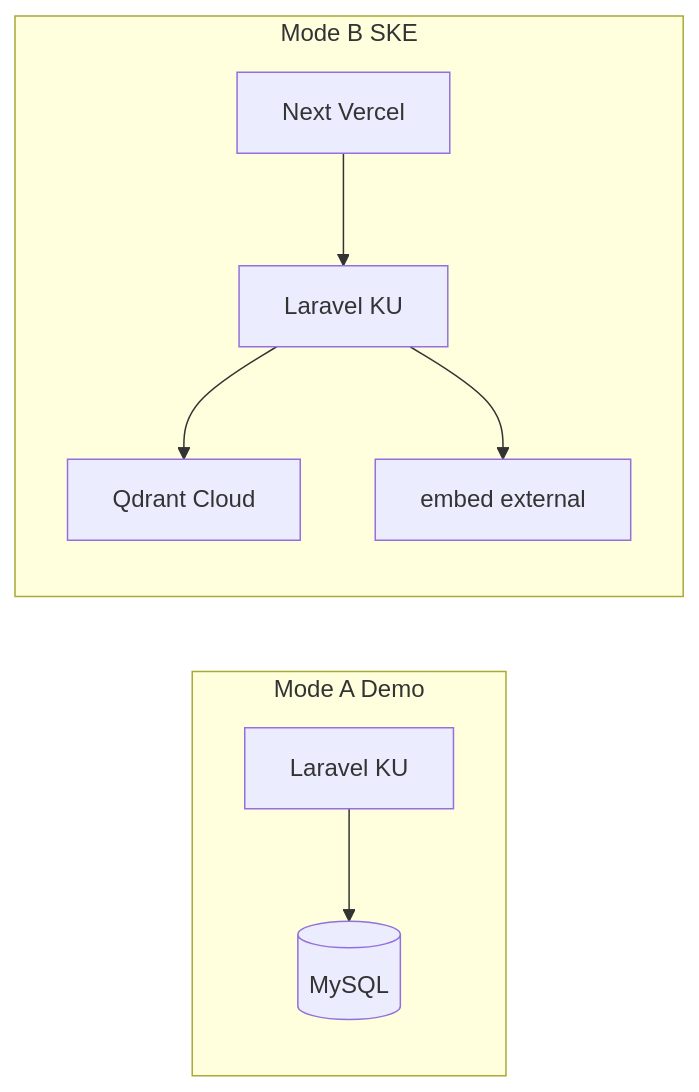
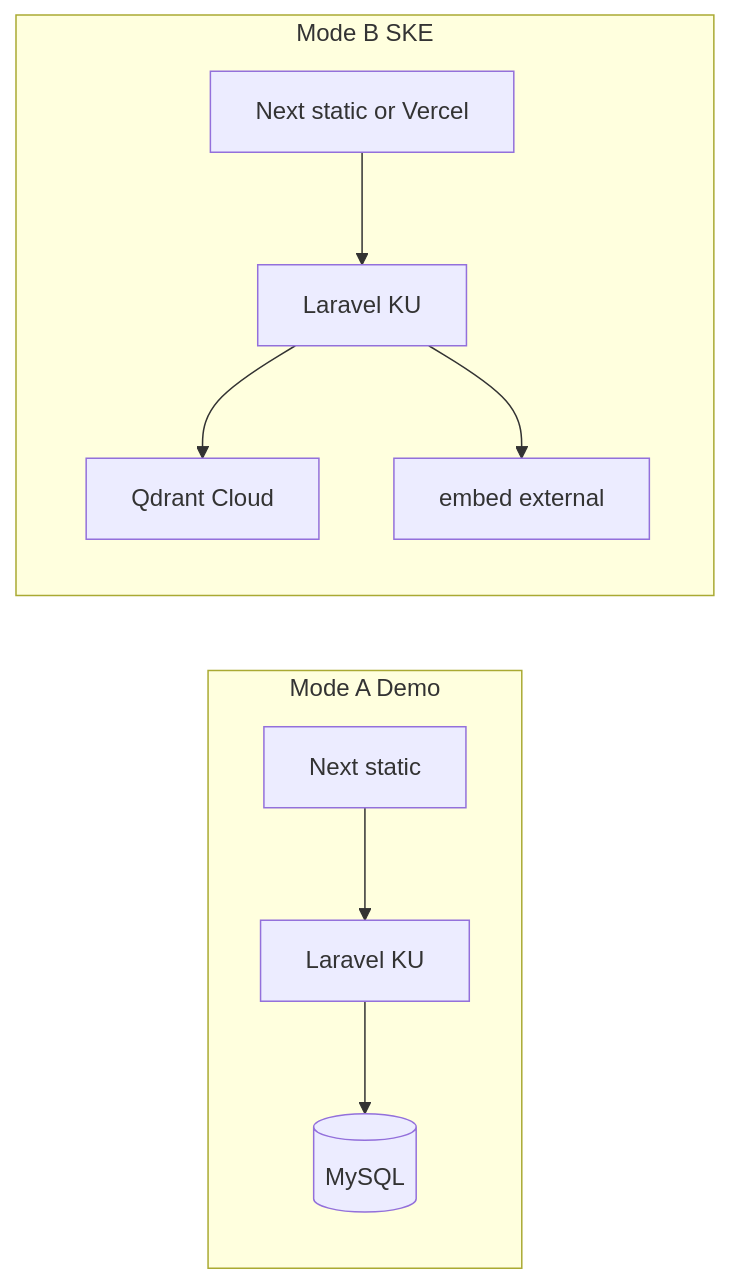
Before and after one commit to plenglnw1/ku-phumpanya: the diagram in docs/DEPLOY-KU-VM.md, drawn with Mermaid. The commit also changed other lines of this file and 31 other files, not shown here.

````diff
--- a/docs/DEPLOY-KU-VM.md
+++ b/docs/DEPLOY-KU-VM.md
@@ -17,17 +19,19 @@
 ```mermaid
 flowchart LR
   subgraph modeA [Mode A Demo]
     L1[Laravel KU]
+    Spa1[Next static]
     M1[(MySQL)]
+    Spa1 --> L1
     L1 --> M1
   end
   subgraph modeB [Mode B SKE]
-    Next[Next Vercel]
+    Spa2[Next static or Vercel]
     L2[Laravel KU]
     Q[Qdrant Cloud]
     E[embed external]
-    Next --> L2
+    Spa2 --> L2
     L2 --> Q
     L2 --> E
   end
 ```
````
